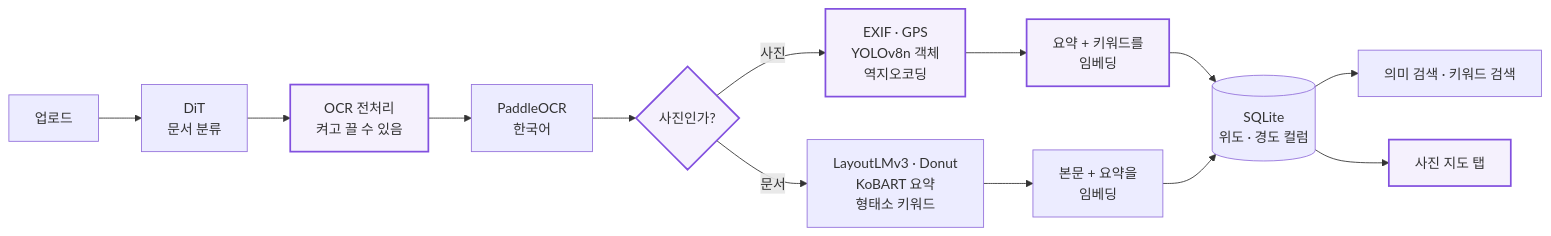
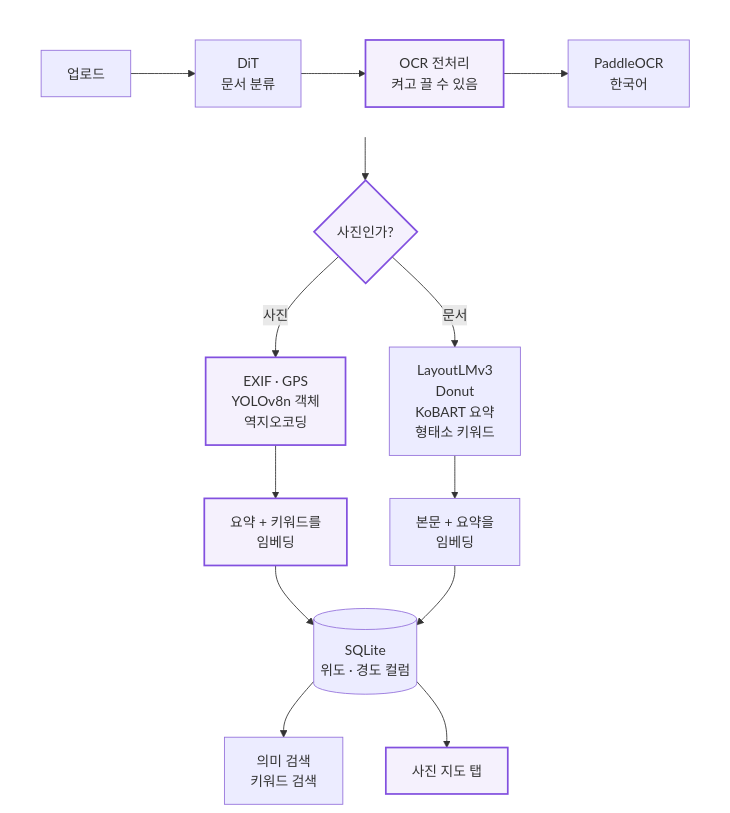
Before and after one commit to handongin1500/handongin1500: the first of 2 diagrams in AI_PORTFOLIO.md, drawn with Mermaid. The commit also changed other lines of this file and 1 other file, not shown here.

Commit message:
AI 포트폴리오: 이름을 Notion과 맞춤, 흐름도 글자 끊김 정리
- 이름: 'AI 실습 포트폴리오' → 'AI 포트폴리오'(문서 제목 · README 링크 2곳),
  읽는 법 첫 문장 삭제 등 Notion에서 직접 고친 내용과 맞춤
- 흐름도: 문서 아카이브는 앞쪽 4단계를 가로 한 줄로 묶고 세로로 바꿔 글자 크기를 살림,
  8월 흐름도는 라벨마다 줄바꿈을 넣어 한글이 단어 중간에서 끊기지 않게 함

````diff
--- a/AI_PORTFOLIO.md
+++ b/AI_PORTFOLIO.md
@@ -63,17 +62,19 @@
 ```mermaid
-flowchart LR
-  UP["업로드"] --> DIT["DiT<br/>문서 분류"]
-  DIT --> PRE["OCR 전처리<br/>켜고 끌 수 있음"]
-  PRE --> OCR["PaddleOCR<br/>한국어"]
-  OCR --> Q{"사진인가?"}
+flowchart TB
+  subgraph IN[" "]
+    direction LR
+    UP["업로드"] --> DIT["DiT<br/>문서 분류"] --> PRE["OCR 전처리<br/>켜고 끌 수 있음"] --> OCR["PaddleOCR<br/>한국어"]
+  end
+  style IN fill:transparent,stroke:transparent
+  IN --> Q{"사진인가?"}
   Q -->|"사진"| PH["EXIF · GPS<br/>YOLOv8n 객체<br/>역지오코딩"]
   PH --> PE["요약 + 키워드를<br/>임베딩"]
-  Q -->|"문서"| DOC["LayoutLMv3 · Donut<br/>KoBART 요약<br/>형태소 키워드"]
+  Q -->|"문서"| DOC["LayoutLMv3<br/>Donut<br/>KoBART 요약<br/>형태소 키워드"]
   DOC --> DE["본문 + 요약을<br/>임베딩"]
   PE --> DB[("SQLite<br/>위도 · 경도 컬럼")]
   DE --> DB
-  DB --> S["의미 검색 · 키워드 검색"]
+  DB --> S["의미 검색<br/>키워드 검색"]
   DB --> MAP["사진 지도 탭"]
   classDef mine fill:#8250DF14,stroke:#8250DF,stroke-width:2px
   class PRE,Q,PH,PE,MAP mine
 ```
````
